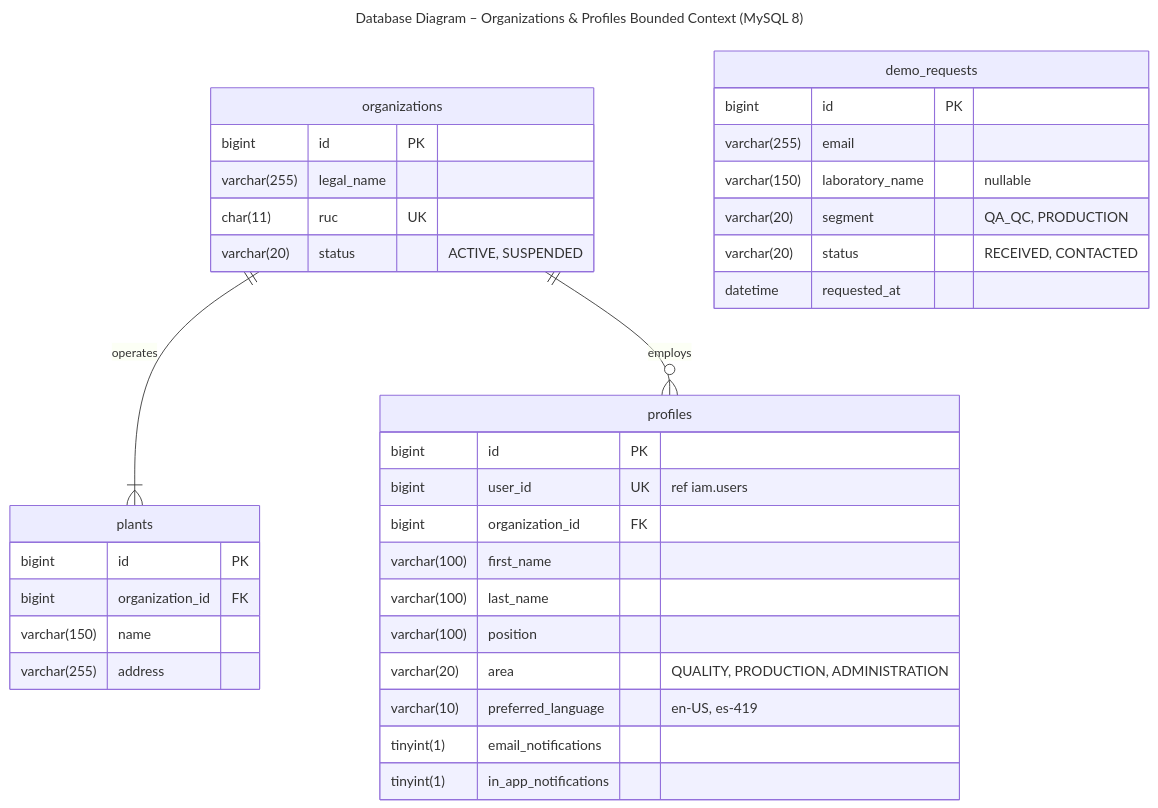
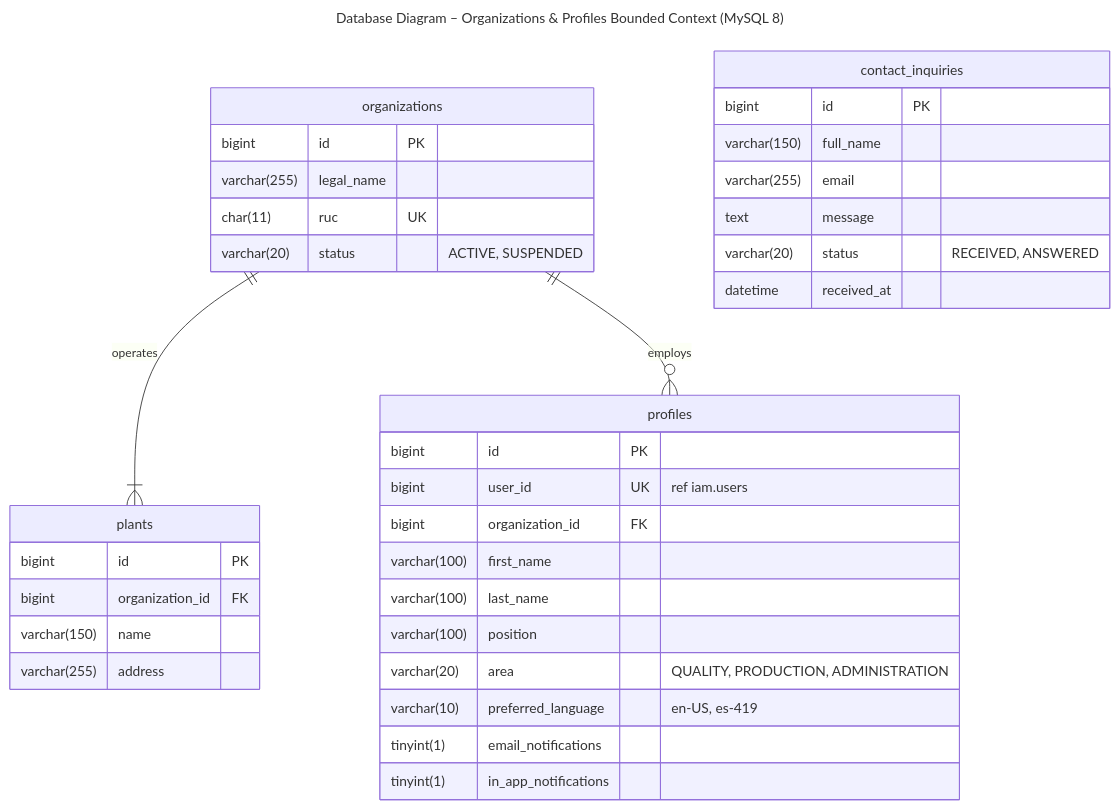
The diagram in assets/diagrams/mermaid/db-02-organizations.mmd (IngesCompany-7742/IngesCompany-Project-Report), drawn with Mermaid before and after one commit. The commit also changed 88 other files, not shown here.

```diff
--- a/assets/diagrams/mermaid/db-02-organizations.mmd
+++ b/assets/diagrams/mermaid/db-02-organizations.mmd
@@ -1,38 +1,38 @@
 ---
 title: "Database Diagram – Organizations & Profiles Bounded Context (MySQL 8)"
 ---
 erDiagram
   organizations {
     bigint id PK
     varchar(255) legal_name
     char(11) ruc UK
     varchar(20) status "ACTIVE, SUSPENDED"
   }
   plants {
     bigint id PK
     bigint organization_id FK
     varchar(150) name
     varchar(255) address
   }
   profiles {
     bigint id PK
     bigint user_id UK "ref iam.users"
     bigint organization_id FK
     varchar(100) first_name
     varchar(100) last_name
     varchar(100) position
     varchar(20) area "QUALITY, PRODUCTION, ADMINISTRATION"
     varchar(10) preferred_language "en-US, es-419"
     tinyint(1) email_notifications
     tinyint(1) in_app_notifications
   }
-  demo_requests {
+  contact_inquiries {
     bigint id PK
+    varchar(150) full_name
     varchar(255) email
-    varchar(150) laboratory_name "nullable"
-    varchar(20) segment "QA_QC, PRODUCTION"
-    varchar(20) status "RECEIVED, CONTACTED"
-    datetime requested_at
+    text message
+    varchar(20) status "RECEIVED, ANSWERED"
+    datetime received_at
   }
   organizations ||--|{ plants : "operates"
   organizations ||--o{ profiles : "employs"
```
